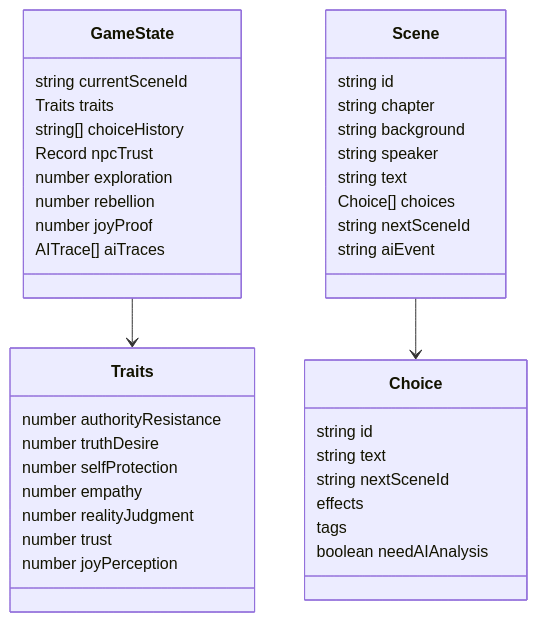
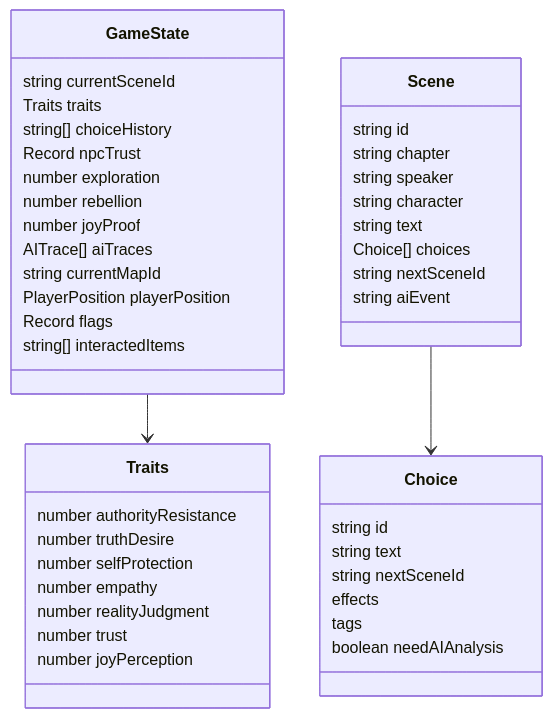
One commit to Spring0602/Happy-Child changed the third of 6 diagrams in docs/项目说明.md. Above: the diagram before and after it, drawn with Mermaid. The commit also changed other lines of this file and 123 other files, not shown here.

Commit message:
feat: 集成Phaser地图系统、场景转换、对话组件、剧情选项设计报告及小说原稿

````diff
--- a/docs/项目说明.md
+++ b/docs/项目说明.md
@@ -61,46 +62,50 @@
 ```mermaid
 classDiagram
     class GameState {
         string currentSceneId
         Traits traits
         string[] choiceHistory
         Record npcTrust
         number exploration
         number rebellion
         number joyProof
         AITrace[] aiTraces
+        string currentMapId
+        PlayerPosition playerPosition
+        Record flags
+        string[] interactedItems
     }
 
     class Traits {
         number authorityResistance
         number truthDesire
         number selfProtection
         number empathy
         number realityJudgment
         number trust
         number joyPerception
     }
 
     class Scene {
         string id
         string chapter
-        string background
         string speaker
+        string character
         string text
         Choice[] choices
         string nextSceneId
         string aiEvent
     }
 
     class Choice {
         string id
         string text
         string nextSceneId
         effects
         tags
         boolean needAIAnalysis
     }
 
     GameState --> Traits
     Scene --> Choice
 ```
````
